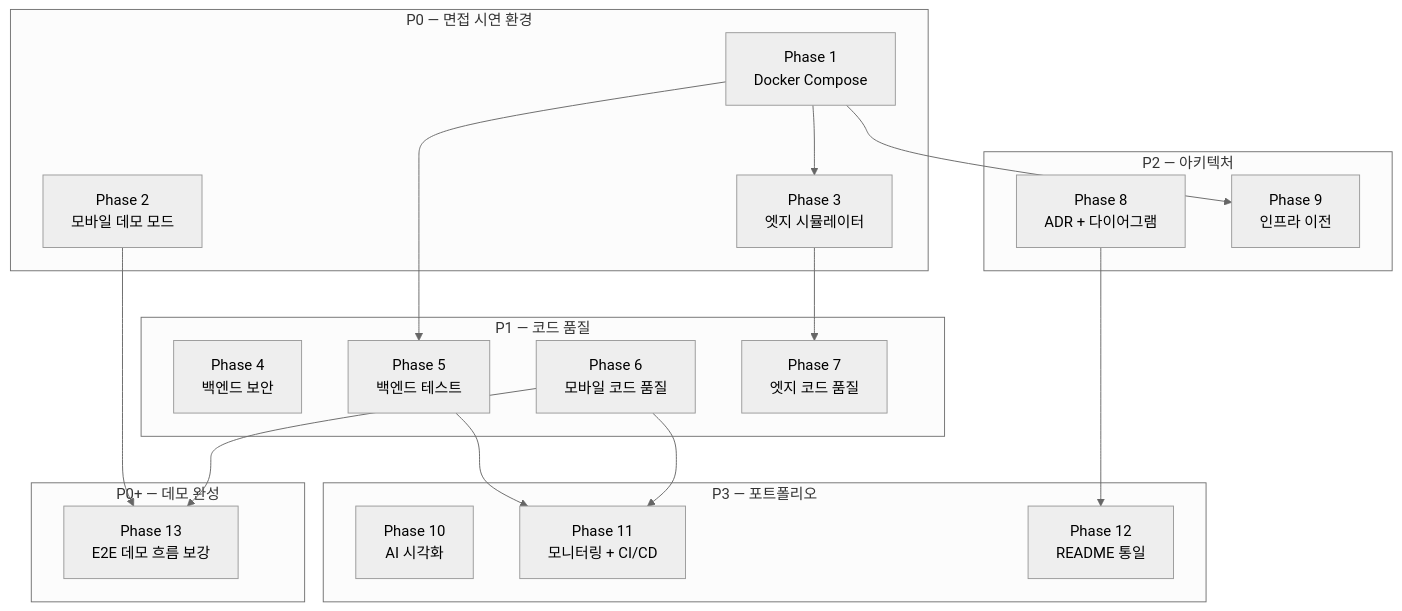
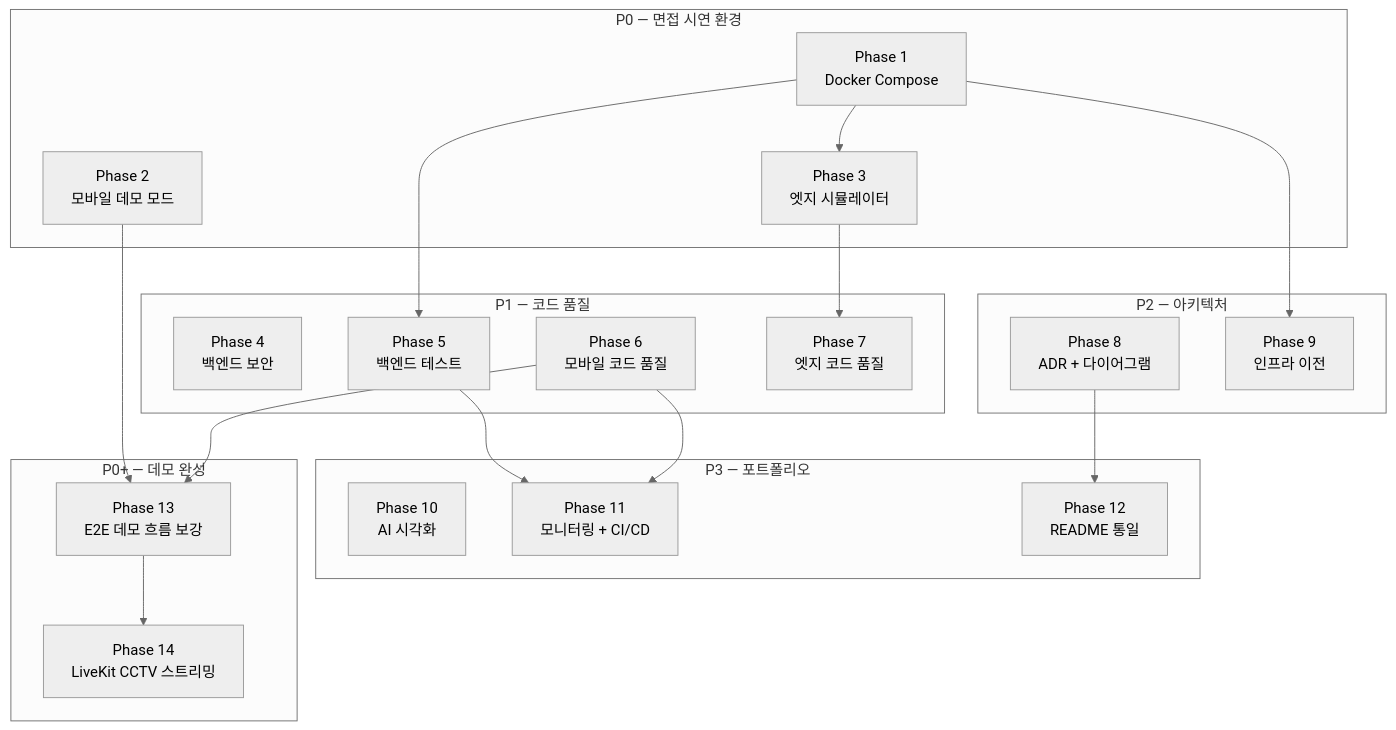
The diagram in docs/ROADMAP.md (JeffKM/ember-sentinel-application), drawn with Mermaid (neutral theme) before and after one commit. The commit also changed other lines of this file, not shown here.

Commit message:
📝 docs: ROADMAP v2.5 — Phase 14 LiveKit CCTV 실시간 스트리밍 추가 (T-051~T-054)

````diff
--- a/docs/ROADMAP.md
+++ b/docs/ROADMAP.md
@@ -297,40 +327,42 @@
 ```mermaid
 graph TD
     subgraph "P0 — 면접 시연 환경"
         P1_phase["Phase 1<br/>Docker Compose"]
         P2_phase["Phase 2<br/>모바일 데모 모드"]
         P3_phase["Phase 3<br/>엣지 시뮬레이터"]
     end
 
     subgraph "P1 — 코드 품질"
         P4_phase["Phase 4<br/>백엔드 보안"]
         P5_phase["Phase 5<br/>백엔드 테스트"]
         P6_phase["Phase 6<br/>모바일 코드 품질"]
         P7_phase["Phase 7<br/>엣지 코드 품질"]
     end
 
     subgraph "P2 — 아키텍처"
         P8_phase["Phase 8<br/>ADR + 다이어그램"]
         P9_phase["Phase 9<br/>인프라 이전"]
     end
 
     subgraph "P3 — 포트폴리오"
         P10_phase["Phase 10<br/>AI 시각화"]
         P11_phase["Phase 11<br/>모니터링 + CI/CD"]
         P12_phase["Phase 12<br/>README 통일"]
     end
 
     subgraph "P0+ — 데모 완성"
         P13_phase["Phase 13<br/>E2E 데모 흐름 보강"]
+        P14_phase["Phase 14<br/>LiveKit CCTV 스트리밍"]
     end
 
     P1_phase --> P3_phase
     P1_phase --> P5_phase
     P1_phase --> P9_phase
     P3_phase --> P7_phase
     P5_phase --> P11_phase
     P6_phase --> P11_phase
     P8_phase --> P12_phase
     P2_phase --> P13_phase
     P6_phase --> P13_phase
+    P13_phase --> P14_phase
 ```
````
